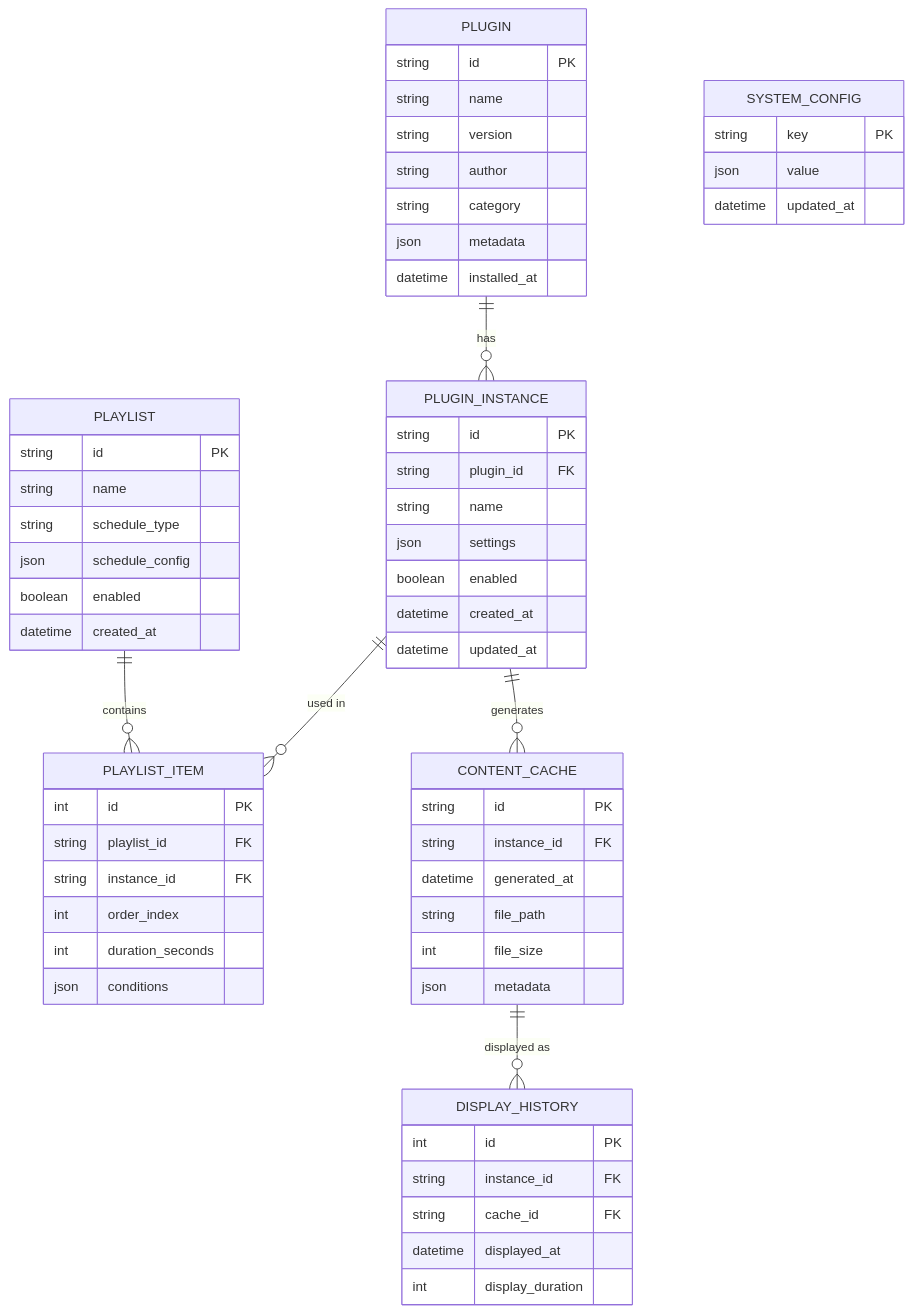
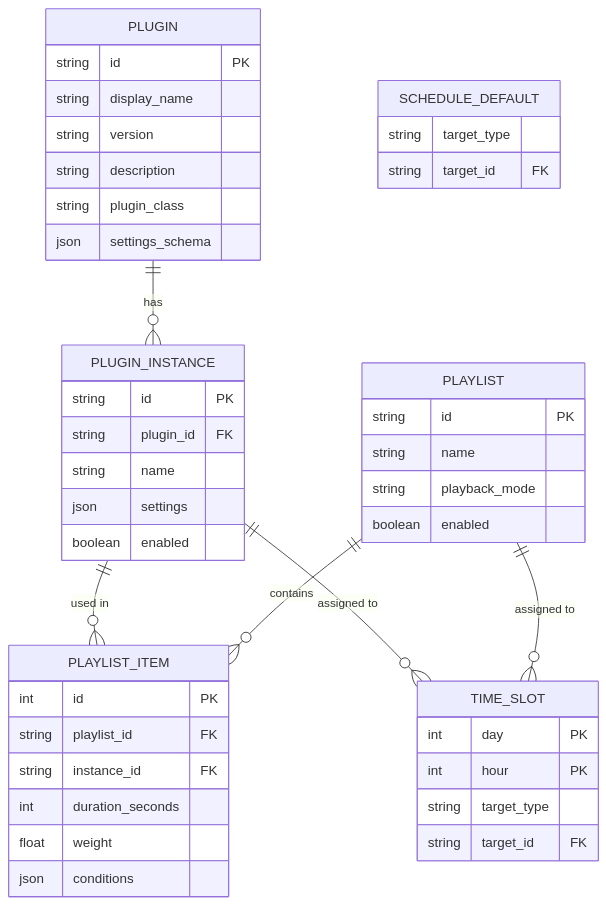
One commit to sixthshift/artframe changed the second of 3 diagrams in technical-spec.md. Above: the diagram before and after it, drawn with Mermaid. The commit also changed other lines of this file and 22 other files, not shown here.

First line of the commit message:
refactor(config): modernize config system for plugin architecture

````diff
--- a/technical-spec.md
+++ b/technical-spec.md
@@ -364,69 +356,53 @@
 ```mermaid
 erDiagram
     PLUGIN {
         string id PK
-        string name
+        string display_name
         string version
-        string author
-        string category
-        json metadata
-        datetime installed_at
+        string description
+        string plugin_class
+        json settings_schema
     }
 
     PLUGIN_INSTANCE {
         string id PK
         string plugin_id FK
         string name
         json settings
         boolean enabled
-        datetime created_at
-        datetime updated_at
+    }
+
+    TIME_SLOT {
+        int day PK
+        int hour PK
+        string target_type
+        string target_id FK
+    }
+
+    SCHEDULE_DEFAULT {
+        string target_type
+        string target_id FK
     }
 
     PLAYLIST {
         string id PK
         string name
-        string schedule_type
-        json schedule_config
+        string playback_mode
         boolean enabled
-        datetime created_at
     }
 
     PLAYLIST_ITEM {
         int id PK
         string playlist_id FK
         string instance_id FK
-        int order_index
         int duration_seconds
+        float weight
         json conditions
-    }
-
-    CONTENT_CACHE {
-        string id PK
-        string instance_id FK
-        datetime generated_at
-        string file_path
-        int file_size
-        json metadata
-    }
-
-    DISPLAY_HISTORY {
-        int id PK
-        string instance_id FK
-        string cache_id FK
-        datetime displayed_at
-        int display_duration
-    }
-
-    SYSTEM_CONFIG {
-        string key PK
-        json value
-        datetime updated_at
     }
 
     PLUGIN ||--o{ PLUGIN_INSTANCE : "has"
     PLUGIN_INSTANCE ||--o{ PLAYLIST_ITEM : "used in"
-    PLUGIN_INSTANCE ||--o{ CONTENT_CACHE : "generates"
+    PLUGIN_INSTANCE ||--o{ TIME_SLOT : "assigned to"
     PLAYLIST ||--o{ PLAYLIST_ITEM : "contains"
-    CONTENT_CACHE ||--o{ DISPLAY_HISTORY : "displayed as"
+    PLAYLIST ||--o{ TIME_SLOT : "assigned to"
 ```
````
